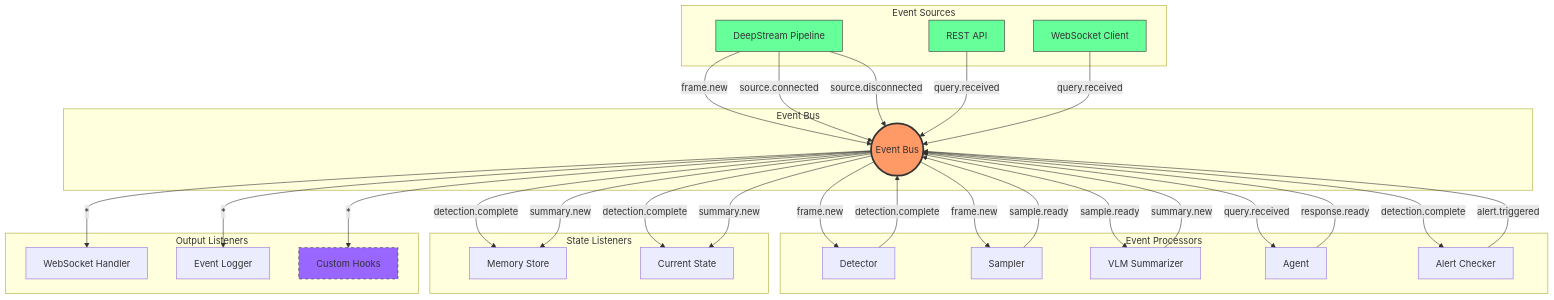
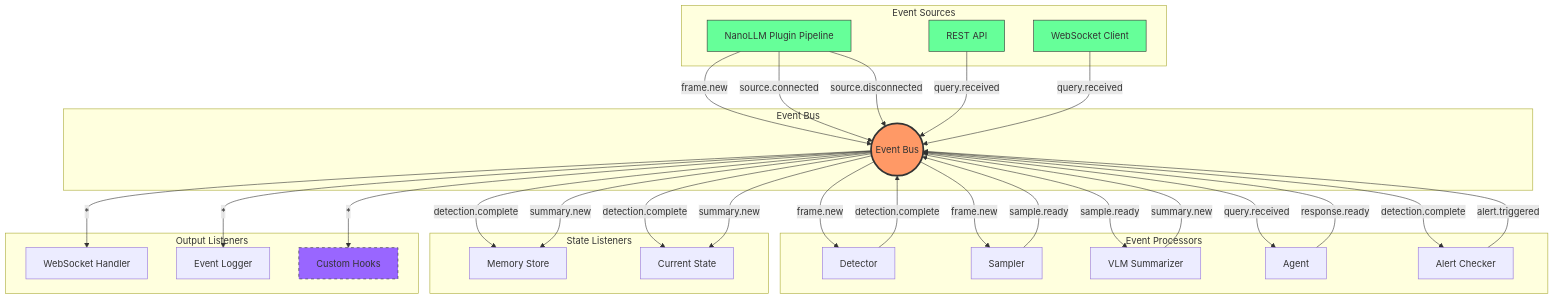
The first of 3 diagrams in mvp-docs/AGILE-PLAN.md (jefferytsummers/edge-research), drawn with Mermaid before and after one commit. The commit also changed other lines of this file, not shown here.

First line of the commit message:
Update AGILE plan for NanoLLM hybrid architecture

````diff
--- a/mvp-docs/AGILE-PLAN.md
+++ b/mvp-docs/AGILE-PLAN.md
@@ -39,70 +42,70 @@
 ```mermaid
 flowchart TB
     subgraph Sources ["Event Sources"]
-        DS[DeepStream Pipeline]
+        DS[NanoLLM Plugin Pipeline]
         API[REST API]
         WS[WebSocket Client]
     end
 
     subgraph EventBus ["Event Bus"]
         BUS((Event Bus))
     end
 
     subgraph Processors ["Event Processors"]
         DET[Detector]
         SAM[Sampler]
         VLM[VLM Summarizer]
         AGT[Agent]
         ALT[Alert Checker]
     end
 
     subgraph State ["State Listeners"]
         MEM[Memory Store]
         CUR[Current State]
     end
 
     subgraph Outputs ["Output Listeners"]
         WSH[WebSocket Handler]
         LOG[Event Logger]
         HOOK[Custom Hooks]
     end
 
     %% Source emissions
     DS -->|frame.new| BUS
     DS -->|source.connected| BUS
     DS -->|source.disconnected| BUS
     API -->|query.received| BUS
     WS -->|query.received| BUS
 
     %% Bus to processors
     BUS -->|frame.new| DET
     BUS -->|frame.new| SAM
     BUS -->|sample.ready| VLM
     BUS -->|query.received| AGT
     BUS -->|detection.complete| ALT
 
     %% Processor emissions
     DET -->|detection.complete| BUS
     SAM -->|sample.ready| BUS
     VLM -->|summary.new| BUS
     AGT -->|response.ready| BUS
     ALT -->|alert.triggered| BUS
 
     %% State listeners
     BUS -->|detection.complete| MEM
     BUS -->|summary.new| MEM
     BUS -->|detection.complete| CUR
     BUS -->|summary.new| CUR
 
     %% Output listeners
     BUS -->|"*"| WSH
     BUS -->|"*"| LOG
     BUS -->|"*"| HOOK
 
     %% Styling
     style BUS fill:#f96,stroke:#333,stroke-width:3px
     style DS fill:#6f9,stroke:#333
     style API fill:#6f9,stroke:#333
     style WS fill:#6f9,stroke:#333
     style HOOK fill:#96f,stroke:#333,stroke-dasharray: 5 5
 ```
````
